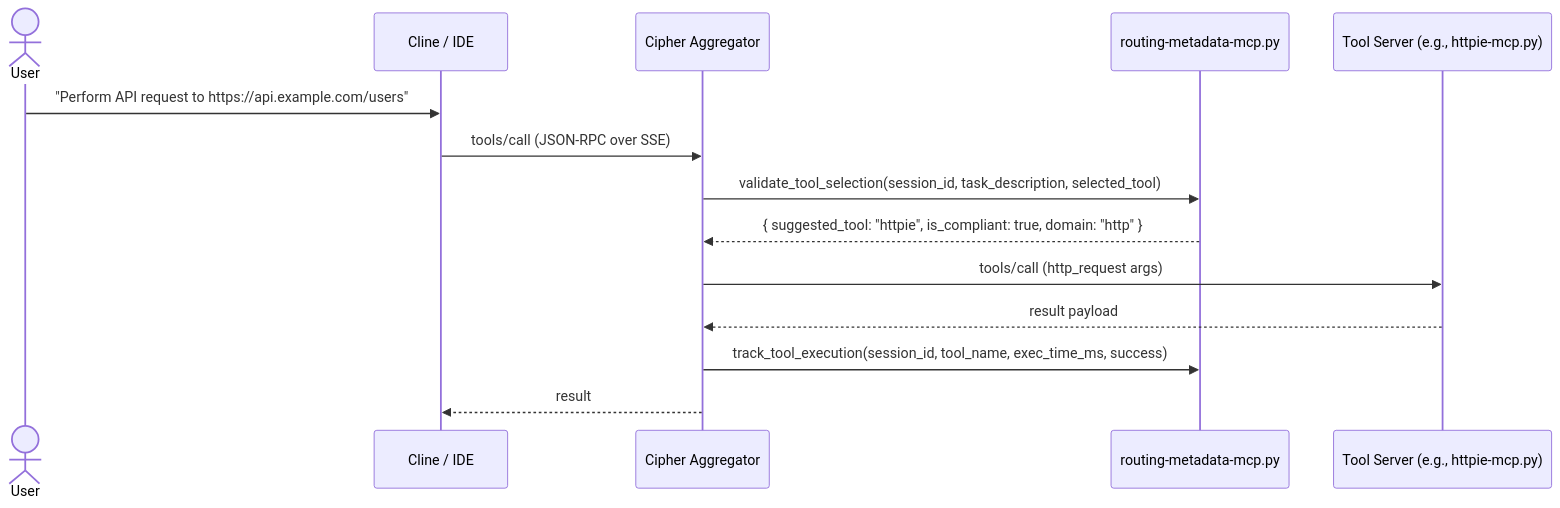
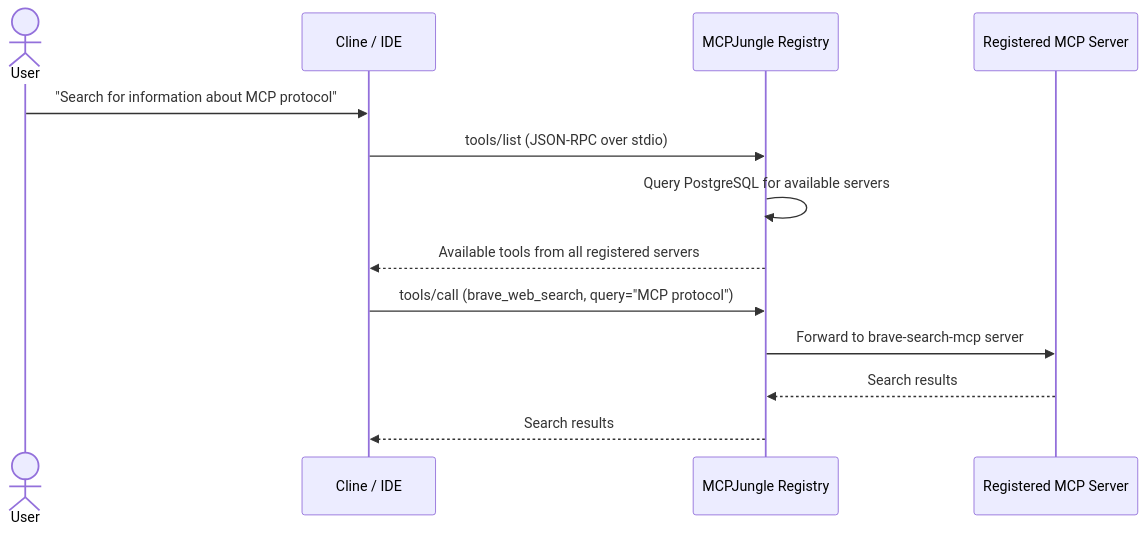
Before and after one commit to JRedeker/Jarvis-mcpm: the second of 2 diagrams in docs/architecture.md, drawn with Mermaid. The commit also changed other lines of this file and 15 other files, not shown here.

Commit message:
Complete cipher removal - MCPJungle-only architecture

````diff
--- a/docs/architecture.md
+++ b/docs/architecture.md
@@ -69,17 +62,16 @@
 ```mermaid
 sequenceDiagram
   actor User
   participant IDE as Cline / IDE
-  participant Agg as Cipher Aggregator
-  participant Route as routing-metadata-mcp.py
-  participant Tool as Tool Server (e.g., httpie-mcp.py)
+  participant Jarvis as MCPJungle Registry
+  participant Server as Registered MCP Server
 
-  User->>IDE: "Perform API request to https://api.example.com/users"
-  IDE->>Agg: tools/call (JSON-RPC over SSE)
-  Agg->>Route: validate_tool_selection(session_id, task_description, selected_tool)
-  Route-->>Agg: { suggested_tool: "httpie", is_compliant: true, domain: "http" }
-  Agg->>Tool: tools/call (http_request args)
-  Tool-->>Agg: result payload
-  Agg->>Route: track_tool_execution(session_id, tool_name, exec_time_ms, success)
-  Agg-->>IDE: result
+  User->>IDE: "Search for information about MCP protocol"
+  IDE->>Jarvis: tools/list (JSON-RPC over stdio)
+  Jarvis->>Jarvis: Query PostgreSQL for available servers
+  Jarvis-->>IDE: Available tools from all registered servers
+  IDE->>Jarvis: tools/call (brave_web_search, query="MCP protocol")
+  Jarvis->>Server: Forward to brave-search-mcp server
+  Server-->>Jarvis: Search results
+  Jarvis-->>IDE: Search results
 ```
````
